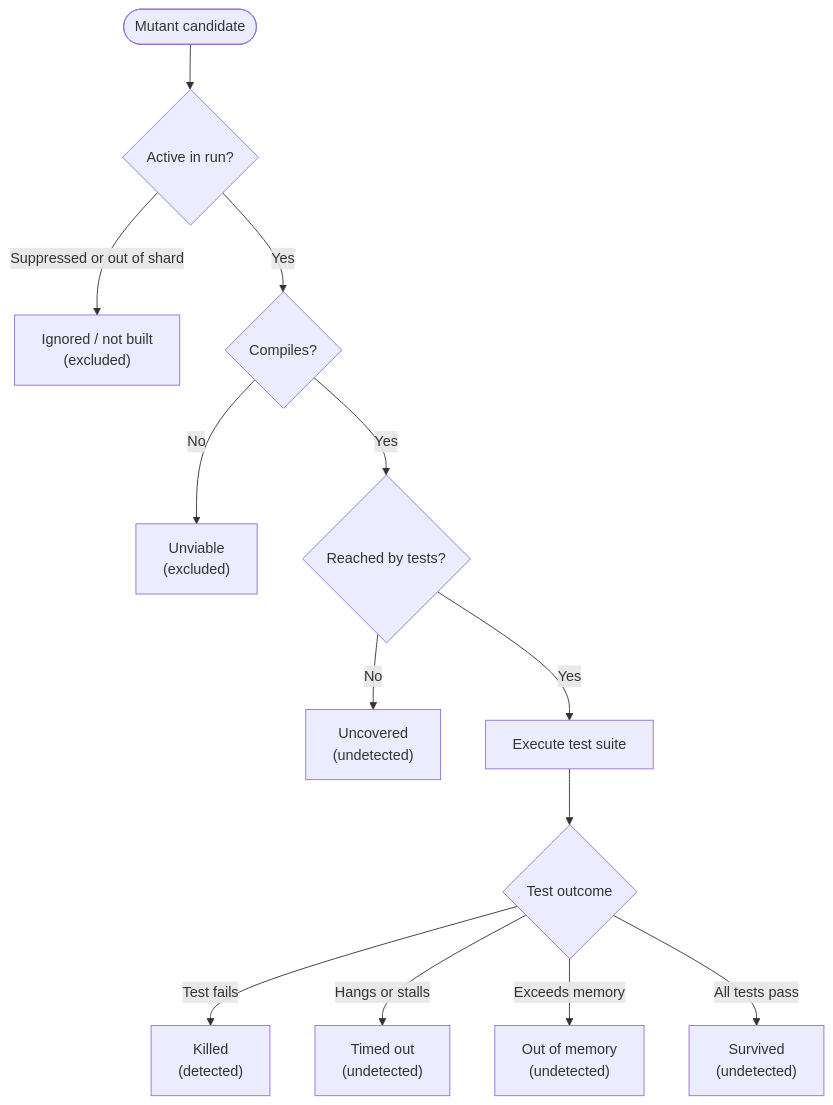
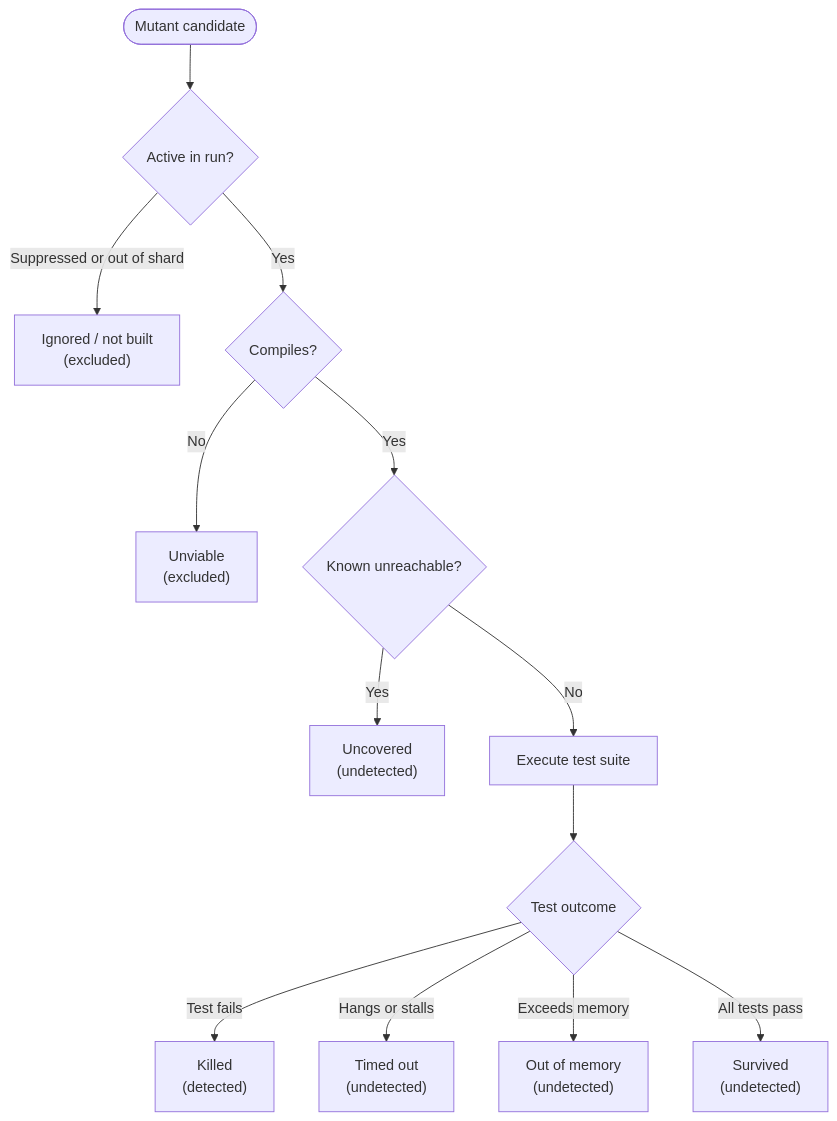
Before and after one commit to chinayangxiaowei/ox-tools: the second of 3 diagrams in crates/cargo-gamma/README.md, drawn with Mermaid. The commit also changed other lines of this file and 287 other files, not shown here.

````diff
--- a/crates/cargo-gamma/README.md
+++ b/crates/cargo-gamma/README.md
@@ -586,15 +590,15 @@
 ```mermaid
 flowchart TD
     Start(["Mutant candidate"]) --> Filter{"Active in run?"}
     Filter -->|Suppressed or out of shard| Ignored["Ignored / not built<br/>(excluded)"]
     Filter -->|Yes| Compiles{"Compiles?"}
     Compiles -->|No| Unviable["Unviable<br/>(excluded)"]
-    Compiles -->|Yes| Census{"Reached by tests?"}
-    Census -->|No| Uncovered["Uncovered<br/>(undetected)"]
-    Census -->|Yes| TestRun["Execute test suite"]
+    Compiles -->|Yes| Reach{"Known unreachable?"}
+    Reach -->|Yes| Uncovered["Uncovered<br/>(undetected)"]
+    Reach -->|No| TestRun["Execute test suite"]
     TestRun --> Outcome{"Test outcome"}
     Outcome -->|Test fails| Killed["Killed<br/>(detected)"]
     Outcome -->|Hangs or stalls| Timeout["Timed out<br/>(undetected)"]
     Outcome -->|Exceeds memory| OutOfMem["Out of memory<br/>(undetected)"]
     Outcome -->|All tests pass| Survived["Survived<br/>(undetected)"]
 ```
````
